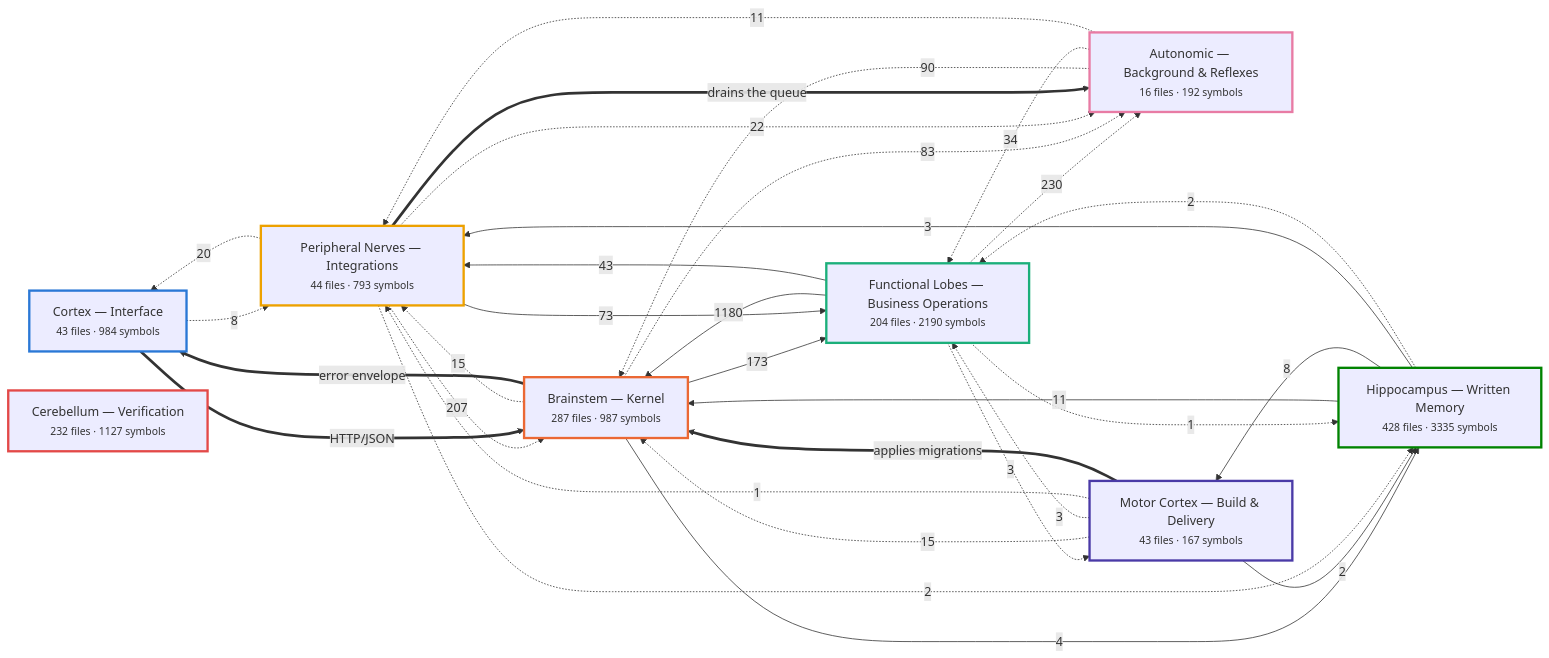
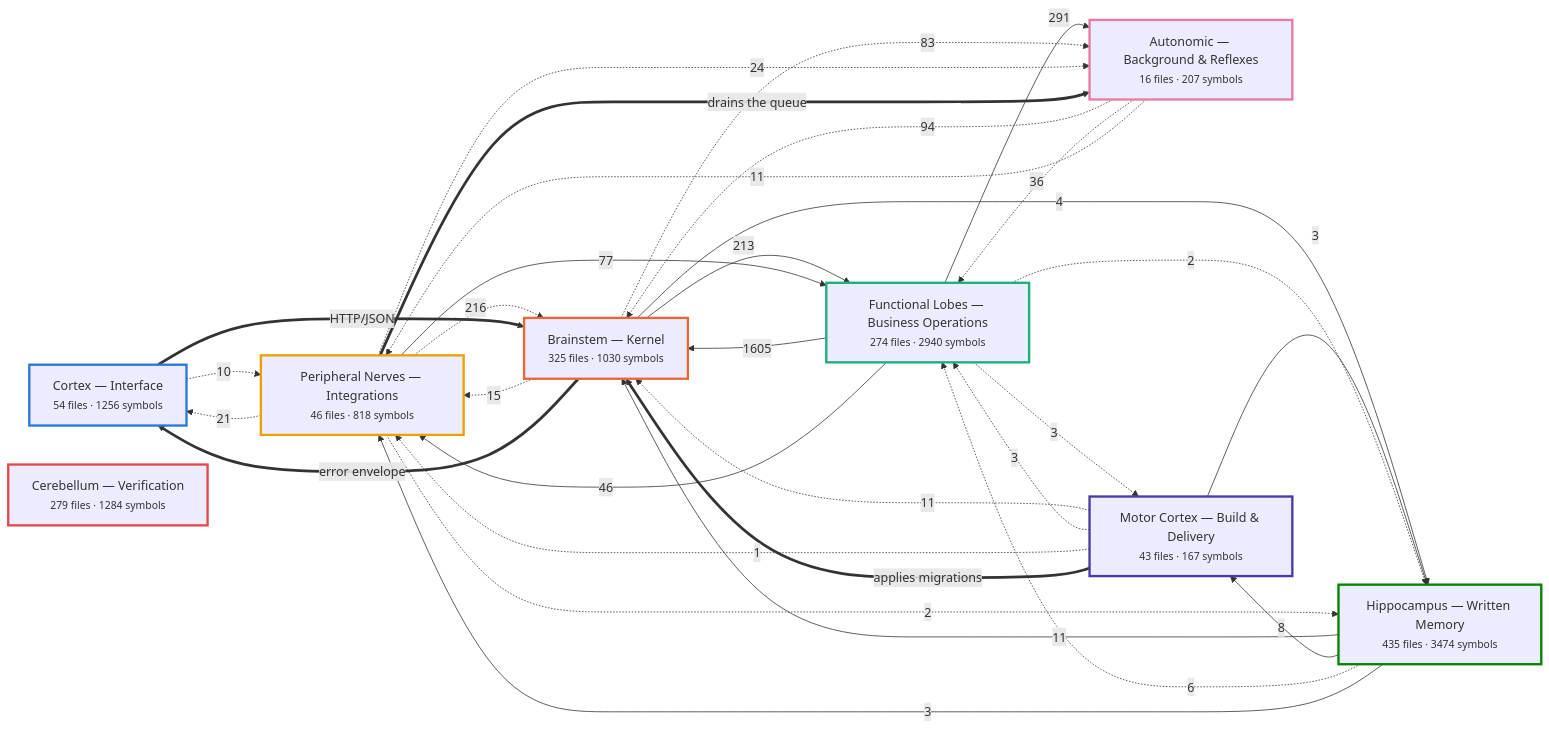
Before and after one commit to Vishalnayak226/custom_erp: the first of 7 diagrams in docs/brain/BRAIN.md, drawn with Mermaid. The commit also changed other lines of this file and 387 other files, not shown here.

````diff
--- a/docs/brain/BRAIN.md
+++ b/docs/brain/BRAIN.md
@@ -35,57 +35,57 @@
 ```mermaid
 flowchart LR
-  n_cortex["Cortex — Interface<br/><small>43 files · 984 symbols</small>"]
-  n_brainstem["Brainstem — Kernel<br/><small>287 files · 987 symbols</small>"]
-  n_business["Functional Lobes — Business Operations<br/><small>204 files · 2190 symbols</small>"]
-  n_peripheral["Peripheral Nerves — Integrations<br/><small>44 files · 793 symbols</small>"]
-  n_autonomic["Autonomic — Background & Reflexes<br/><small>16 files · 192 symbols</small>"]
-  n_memory["Hippocampus — Written Memory<br/><small>428 files · 3335 symbols</small>"]
+  n_cortex["Cortex — Interface<br/><small>54 files · 1256 symbols</small>"]
+  n_brainstem["Brainstem — Kernel<br/><small>325 files · 1030 symbols</small>"]
+  n_business["Functional Lobes — Business Operations<br/><small>274 files · 2940 symbols</small>"]
+  n_peripheral["Peripheral Nerves — Integrations<br/><small>46 files · 818 symbols</small>"]
+  n_autonomic["Autonomic — Background & Reflexes<br/><small>16 files · 207 symbols</small>"]
+  n_memory["Hippocampus — Written Memory<br/><small>435 files · 3474 symbols</small>"]
   n_motor["Motor Cortex — Build & Delivery<br/><small>43 files · 167 symbols</small>"]
-  n_verification["Cerebellum — Verification<br/><small>232 files · 1127 symbols</small>"]
-  n_business -->|1180| n_brainstem
-  n_business -.->|230| n_autonomic
-  n_peripheral -.->|207| n_brainstem
-  n_brainstem -->|173| n_business
-  n_autonomic -.->|90| n_brainstem
+  n_verification["Cerebellum — Verification<br/><small>279 files · 1284 symbols</small>"]
+  n_business -->|1605| n_brainstem
+  n_business -->|291| n_autonomic
+  n_peripheral -.->|216| n_brainstem
+  n_brainstem -->|213| n_business
+  n_autonomic -.->|94| n_brainstem
   n_brainstem -.->|83| n_autonomic
-  n_peripheral -->|73| n_business
-  n_business -->|43| n_peripheral
-  n_autonomic -.->|34| n_business
-  n_peripheral -.->|22| n_autonomic
-  n_peripheral -.->|20| n_cortex
+  n_peripheral -->|77| n_business
+  n_business -->|46| n_peripheral
+  n_autonomic -.->|36| n_business
+  n_peripheral -.->|24| n_autonomic
+  n_peripheral -.->|21| n_cortex
   n_brainstem -.->|15| n_peripheral
-  n_motor -.->|15| n_brainstem
   n_autonomic -.->|11| n_peripheral
   n_memory -->|11| n_brainstem
-  n_cortex -.->|8| n_peripheral
+  n_motor -.->|11| n_brainstem
+  n_cortex -.->|10| n_peripheral
   n_memory -->|8| n_motor
+  n_memory -.->|6| n_business
   n_brainstem -->|4| n_memory
   n_business -.->|3| n_motor
   n_memory -->|3| n_peripheral
   n_motor -.->|3| n_business
-  n_memory -.->|2| n_business
-  n_motor -->|2| n_memory
+  n_motor -->|3| n_memory
+  n_business -.->|2| n_memory
   n_peripheral -.->|2| n_memory
-  n_business -.->|1| n_memory
   n_motor -.->|1| n_peripheral
   n_brainstem ==>|error envelope| n_cortex
   n_cortex ==>|HTTP/JSON| n_brainstem
   n_motor ==>|applies migrations| n_brainstem
   n_peripheral ==>|drains the queue| n_autonomic
   classDef n_cortex stroke:#2a78d6,stroke-width:3px;
   class n_cortex n_cortex;
   classDef n_brainstem stroke:#eb6834,stroke-width:3px;
   class n_brainstem n_brainstem;
   classDef n_business stroke:#1baf7a,stroke-width:3px;
   class n_business n_business;
   classDef n_peripheral stroke:#eda100,stroke-width:3px;
   class n_peripheral n_peripheral;
   classDef n_autonomic stroke:#e87ba4,stroke-width:3px;
   class n_autonomic n_autonomic;
   classDef n_memory stroke:#008300,stroke-width:3px;
   class n_memory n_memory;
   classDef n_motor stroke:#4a3aa7,stroke-width:3px;
   class n_motor n_motor;
   classDef n_verification stroke:#e34948,stroke-width:3px;
   class n_verification n_verification;
 ```
````
